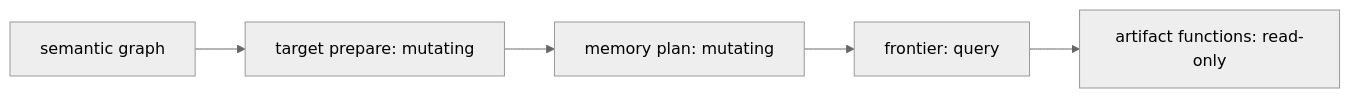
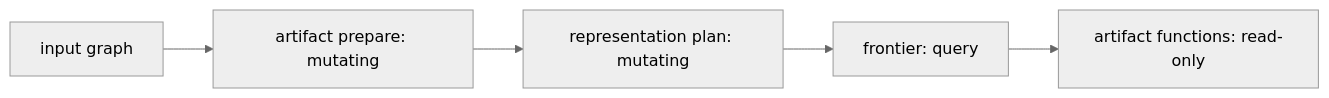
The second of 2 diagrams in docs/metaprogramming/artifacts.md (lancerstadium/joggle), drawn with Mermaid (neutral theme) before and after one commit. The commit also changed other lines of this file and 7 other files, not shown here.

````diff
--- a/docs/metaprogramming/artifacts.md
+++ b/docs/metaprogramming/artifacts.md
@@ -182,7 +184,7 @@
 ```mermaid
 flowchart LR
-  G[semantic graph] --> P[target prepare: mutating]
-  P --> M[memory plan: mutating]
+  G[input graph] --> P[artifact prepare: mutating]
+  P --> M[representation plan: mutating]
   M --> F[frontier: query]
   F --> E[artifact functions: read-only]
 ```
````
